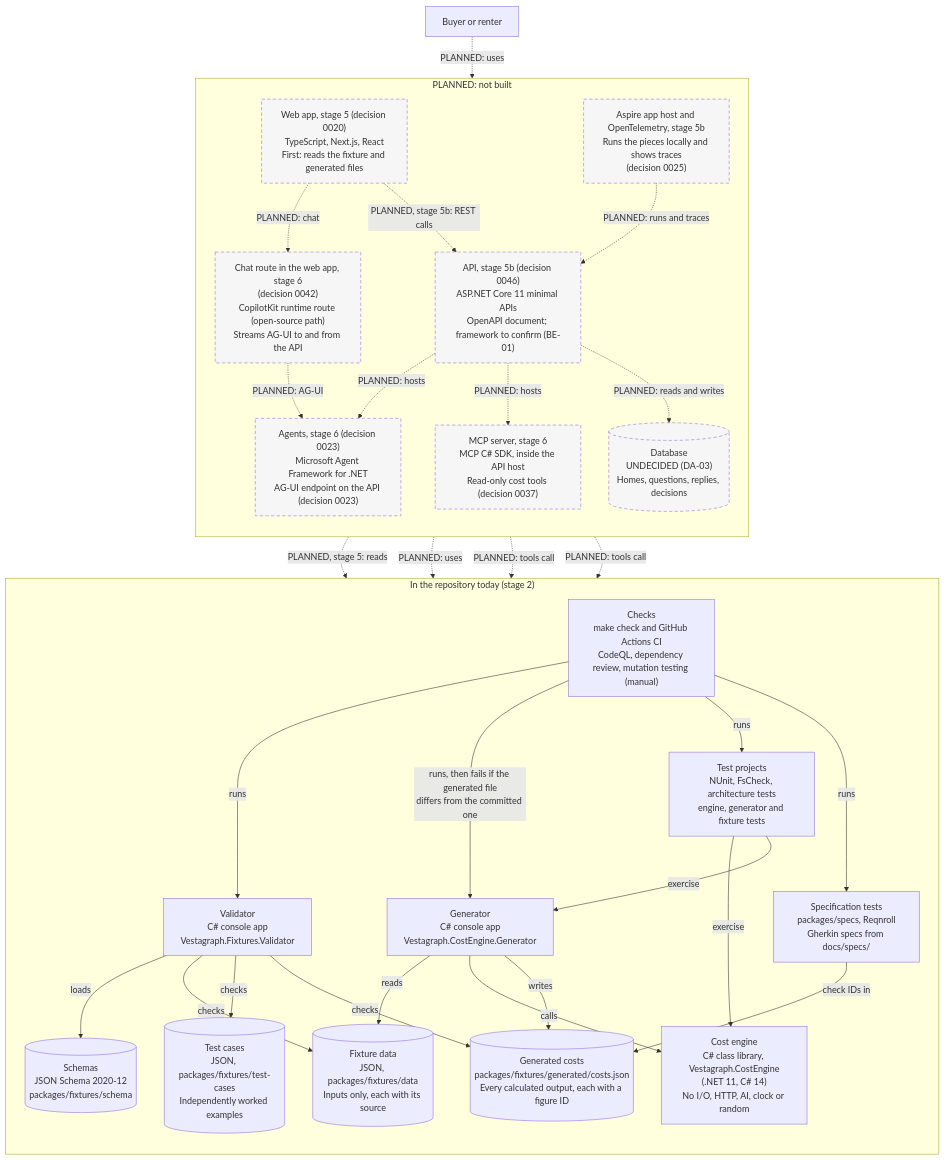
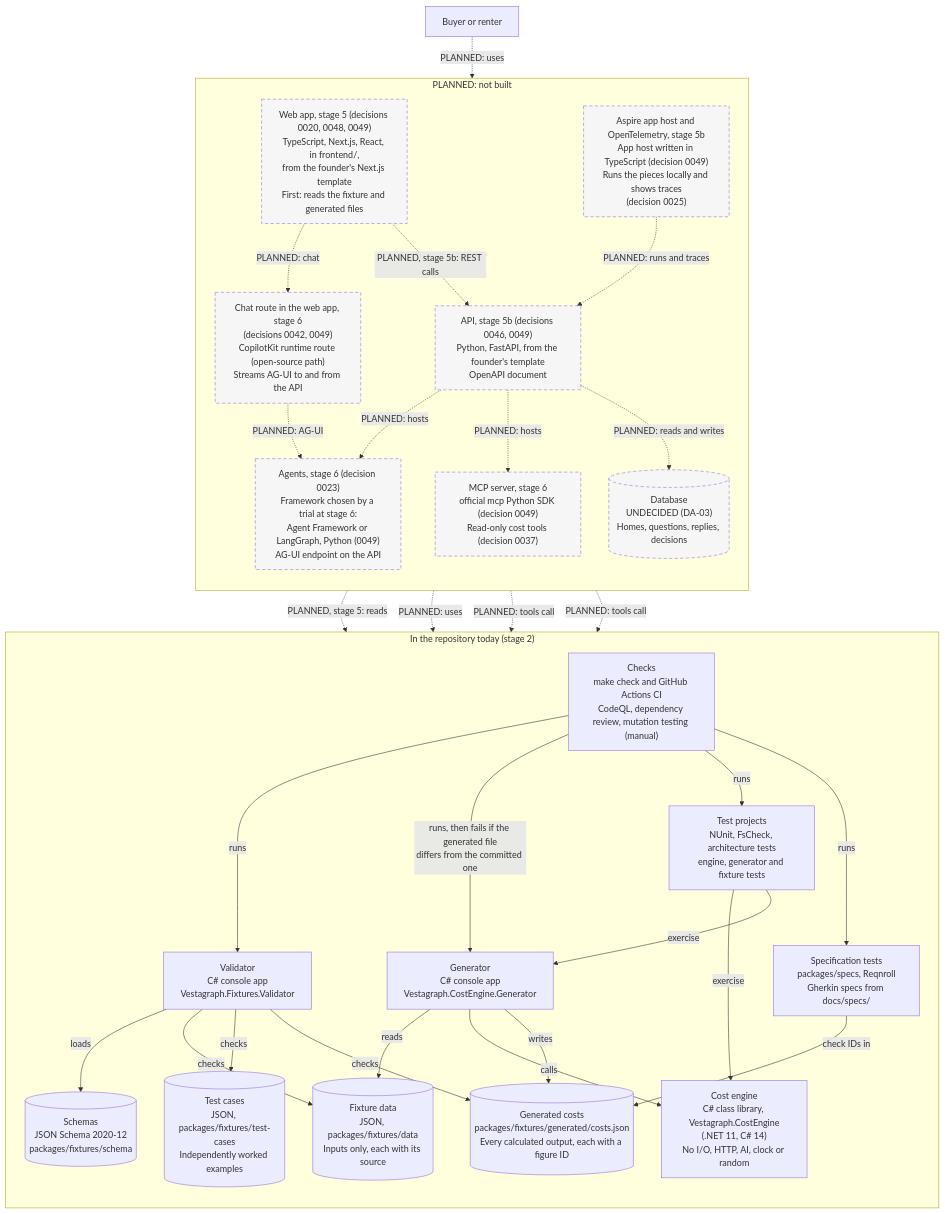
One commit to olaheavy-dev/homescout-platform changed the second of 2 diagrams in docs/architecture/README.md. Above: the diagram before and after it, drawn with Mermaid. The commit also changed other lines of this file and 36 other files, not shown here.

First line of the commit message:
docs: decision 0049 — back to Python for the backend (final), frontend from the founder's Next.js template (#196)

````diff
--- a/docs/architecture/README.md
+++ b/docs/architecture/README.md
@@ -47,60 +47,60 @@
 ```mermaid
 flowchart TB
     user["Buyer or renter"]
 
     subgraph today["In the repository today (stage 2)"]
         direction TB
         data[("Fixture data<br/>JSON, packages/fixtures/data<br/>Inputs only, each with its source")]
         schema[("Schemas<br/>JSON Schema 2020-12<br/>packages/fixtures/schema")]
         cases[("Test cases<br/>JSON, packages/fixtures/test-cases<br/>Independently worked examples")]
         engine["Cost engine<br/>C# class library, Vestagraph.CostEngine<br/>(.NET 11, C# 14)<br/>No I/O, HTTP, AI, clock or random"]
         generator["Generator<br/>C# console app<br/>Vestagraph.CostEngine.Generator"]
         generated[("Generated costs<br/>packages/fixtures/generated/costs.json<br/>Every calculated output, each with a figure ID")]
         validator["Validator<br/>C# console app<br/>Vestagraph.Fixtures.Validator"]
         tests["Test projects<br/>NUnit, FsCheck, architecture tests<br/>engine, generator and fixture tests"]
         specs["Specification tests<br/>packages/specs, Reqnroll<br/>Gherkin specs from docs/specs/"]
         ci["Checks<br/>make check and GitHub Actions CI<br/>CodeQL, dependency review, mutation testing (manual)"]
     end
 
     subgraph later["PLANNED: not built"]
         direction TB
-        web["Web app, stage 5 (decision 0020)<br/>TypeScript, Next.js, React<br/>First: reads the fixture and generated files"]
-        api["API, stage 5b (decision 0046)<br/>ASP.NET Core 11 minimal APIs<br/>OpenAPI document; framework to confirm (BE-01)"]
-        mcp["MCP server, stage 6<br/>MCP C# SDK, inside the API host<br/>Read-only cost tools (decision 0037)"]
-        agents["Agents, stage 6 (decision 0023)<br/>Microsoft Agent Framework for .NET<br/>AG-UI endpoint on the API (decision 0023)"]
-        copilot["Chat route in the web app, stage 6<br/>(decision 0042)<br/>CopilotKit runtime route (open-source path)<br/>Streams AG-UI to and from the API"]
-        aspire["Aspire app host and OpenTelemetry, stage 5b<br/>Runs the pieces locally and shows traces<br/>(decision 0025)"]
+        web["Web app, stage 5 (decisions 0020, 0048, 0049)<br/>TypeScript, Next.js, React, in frontend/,<br/>from the founder's Next.js template<br/>First: reads the fixture and generated files"]
+        api["API, stage 5b (decisions 0046, 0049)<br/>Python, FastAPI, from the founder's template<br/>OpenAPI document"]
+        mcp["MCP server, stage 6<br/>official mcp Python SDK (decision 0049)<br/>Read-only cost tools (decision 0037)"]
+        agents["Agents, stage 6 (decision 0023)<br/>Framework chosen by a trial at stage 6:<br/>Agent Framework or LangGraph, Python (0049)<br/>AG-UI endpoint on the API"]
+        copilot["Chat route in the web app, stage 6<br/>(decisions 0042, 0049)<br/>CopilotKit runtime route (open-source path)<br/>Streams AG-UI to and from the API"]
+        aspire["Aspire app host and OpenTelemetry, stage 5b<br/>App host written in TypeScript (decision 0049)<br/>Runs the pieces locally and shows traces<br/>(decision 0025)"]
         db[("Database<br/>UNDECIDED (DA-03)<br/>Homes, questions, replies, decisions")]
     end
 
     generator -->|reads| data
     generator -->|calls| engine
     generator -->|writes| generated
     validator -->|loads| schema
     validator -->|checks| data
     validator -->|checks| cases
     validator -->|checks| generated
     tests -->|exercise| engine
     tests -->|exercise| generator
     specs -->|check IDs in| generated
     ci -->|runs| validator
     ci -->|"runs, then fails if the generated file<br/>differs from the committed one"| generator
     ci -->|runs| tests
     ci -->|runs| specs
 
     user -.->|"PLANNED: uses"| web
     web -.->|"PLANNED, stage 5: reads"| generated
     web -.->|"PLANNED, stage 5b: REST calls"| api
     web -.->|"PLANNED: chat"| copilot
     copilot -.->|"PLANNED: AG-UI"| agents
     api -.->|"PLANNED: uses"| engine
     api -.->|"PLANNED: hosts"| mcp
     api -.->|"PLANNED: hosts"| agents
     agents -.->|"PLANNED: tools call"| engine
     mcp -.->|"PLANNED: tools call"| engine
     api -.->|"PLANNED: reads and writes"| db
     aspire -.->|"PLANNED: runs and traces"| api
 
     classDef planned stroke-dasharray: 6 4,fill:#f6f6f6,color:#333
     class web,api,mcp,agents,copilot,aspire,db planned
 ```
````
